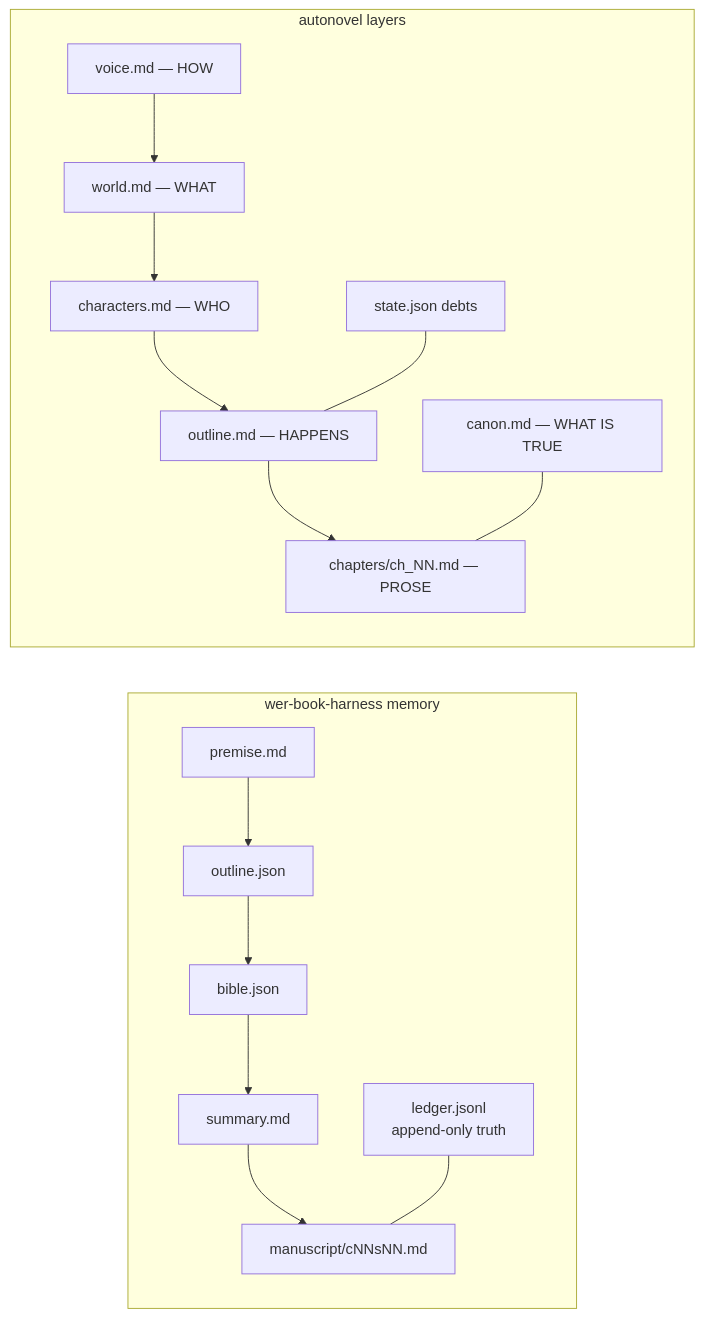
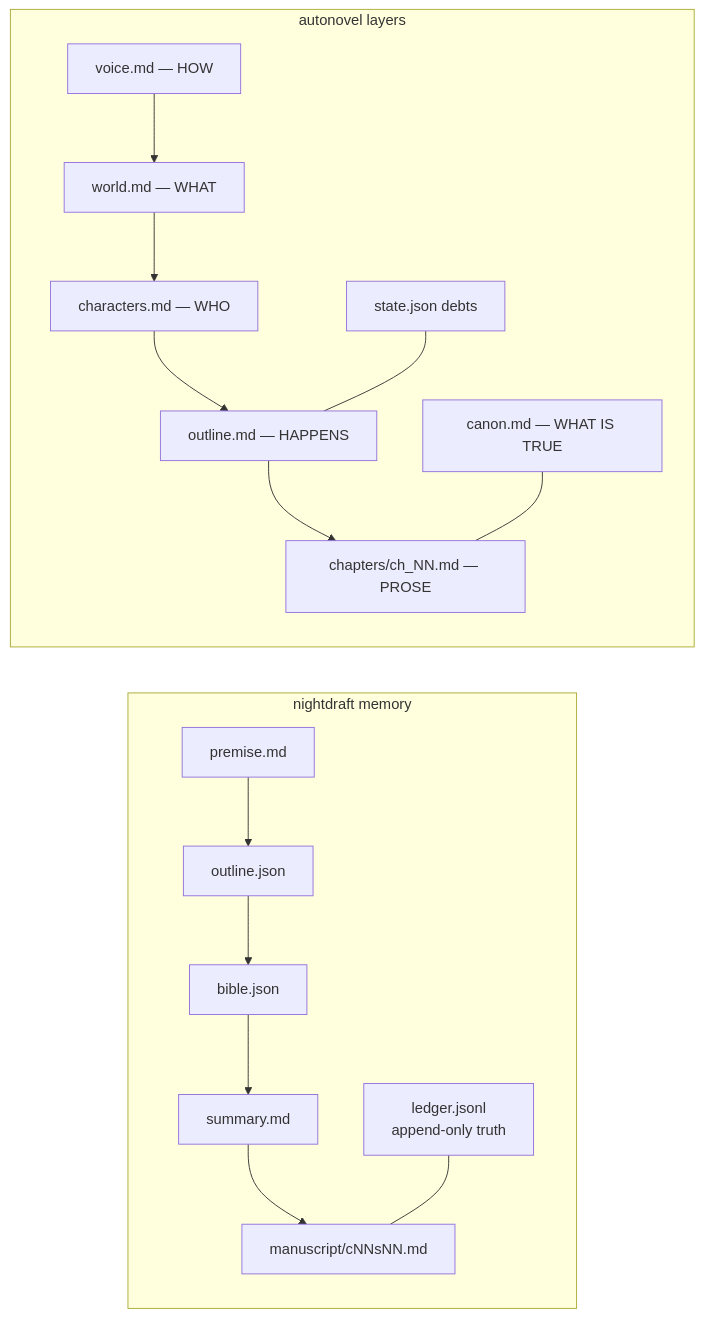
One commit to closestfriend/nightdraft changed the diagram in docs/diagrams/memory-layers.mmd. Above: the diagram before and after it, drawn with Mermaid. The commit also changed 103 other files, not shown here.

```diff
--- a/docs/diagrams/memory-layers.mmd
+++ b/docs/diagrams/memory-layers.mmd
@@ -1,19 +1,19 @@
 flowchart LR
-  subgraph wer["wer-book-harness memory"]
+  subgraph wer["nightdraft memory"]
     direction TB
     W1[premise.md] --> W2[outline.json]
     W2 --> W3[bible.json]
     W3 --> W4[summary.md]
     W4 --> W5["manuscript/cNNsNN.md"]
     W6["ledger.jsonl<br/>append-only truth"] --- W5
   end
 
   subgraph auto["autonovel layers"]
     direction TB
     A5["voice.md — HOW"] --> A4["world.md — WHAT"]
     A4 --> A3["characters.md — WHO"]
     A3 --> A2["outline.md — HAPPENS"]
     A2 --> A1["chapters/ch_NN.md — PROSE"]
     AX["canon.md — WHAT IS TRUE"] --- A1
     AS["state.json debts"] --- A2
   end
```
